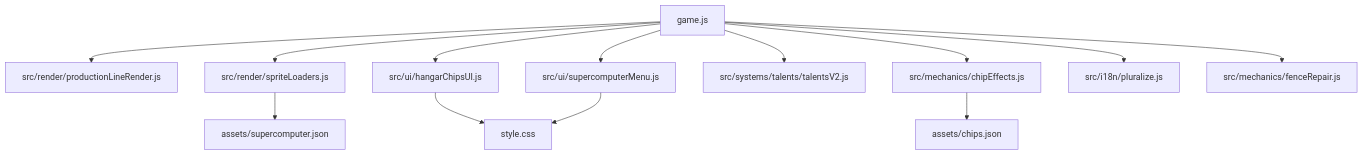
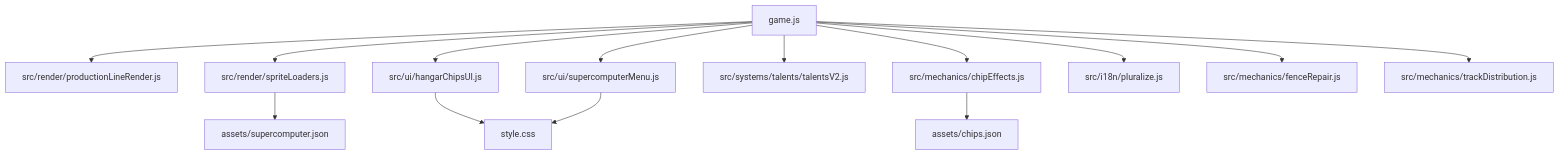
Before and after one commit to hisokapvp/Tank-Merge-Zombie-Defense: the diagram in docs/ai/PROJECT_MAP.md, drawn with Mermaid. The commit also changed other lines of this file and 21 other files, not shown here.

````diff
--- a/docs/ai/PROJECT_MAP.md
+++ b/docs/ai/PROJECT_MAP.md
@@ -138,15 +141,16 @@
 ```mermaid
 graph TD
   A[game.js] --> B[src/render/productionLineRender.js]
   A --> C[src/render/spriteLoaders.js]
   A --> D[src/ui/supercomputerMenu.js]
   A --> E[src/ui/hangarChipsUI.js]
   A --> F[src/systems/talents/talentsV2.js]
   A --> G[src/mechanics/chipEffects.js]
   A --> P[src/i18n/pluralize.js]
   A --> Q[src/mechanics/fenceRepair.js]
+  A --> R[src/mechanics/trackDistribution.js]
   C --> H[assets/supercomputer.json]
   E --> I[style.css]
   D --> I
   G --> J[assets/chips.json]
 ```
````
